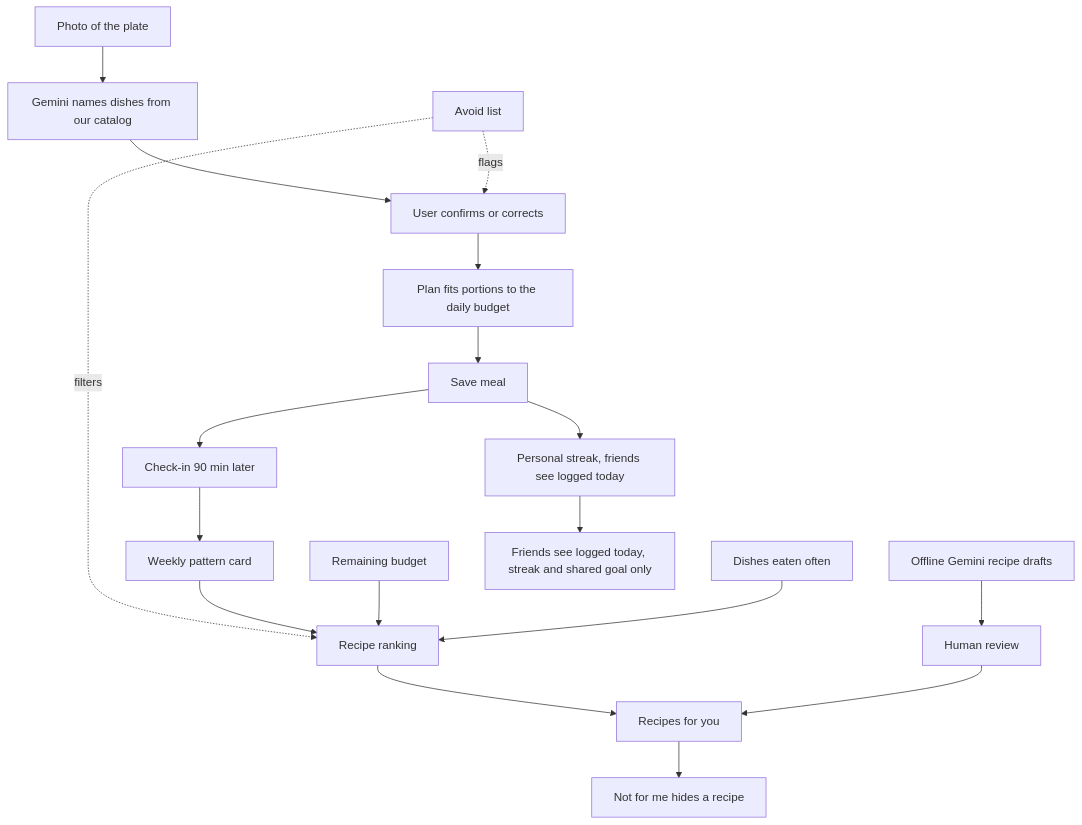
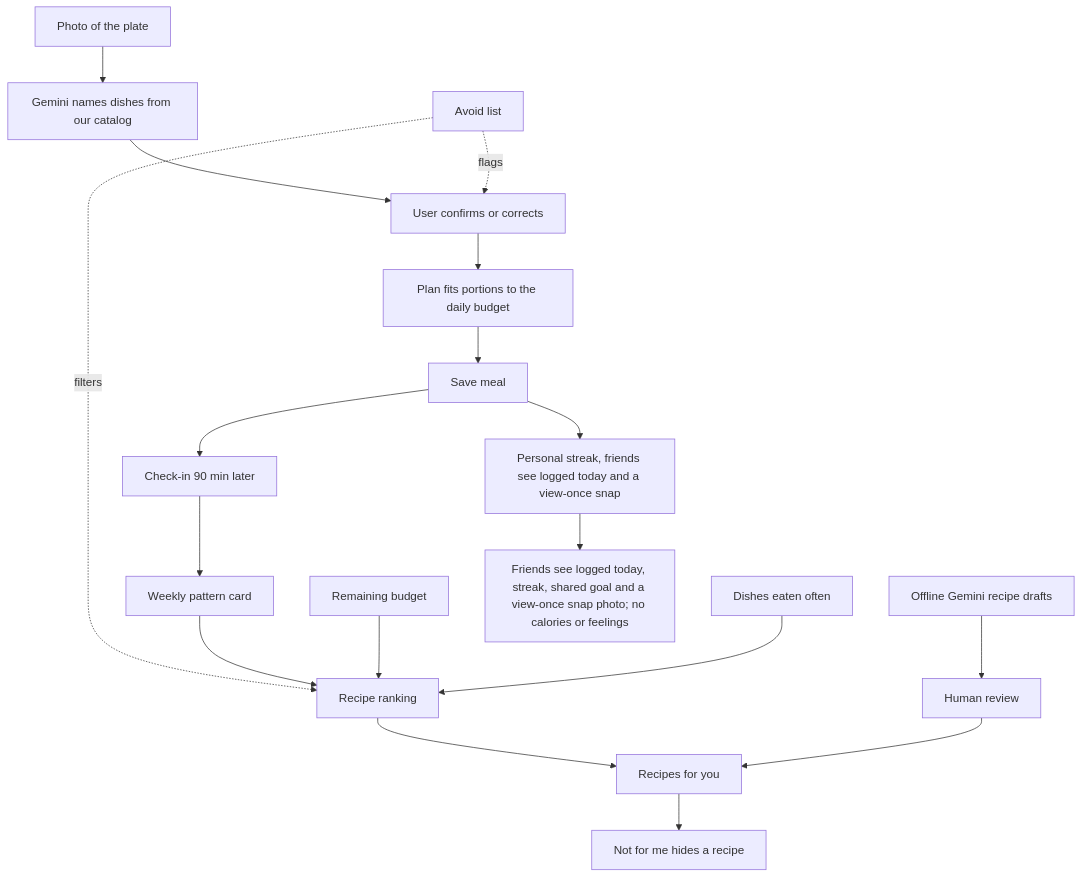
One commit to Zaryabk11/hissa changed the diagram in docs/PRD.md. Above: the diagram before and after it, drawn with Mermaid. The commit also changed other lines of this file and 5 other files, not shown here.

````diff
--- a/docs/PRD.md
+++ b/docs/PRD.md
@@ -28,20 +28,20 @@
 ```mermaid
 flowchart TD
   photo["Photo of the plate"] --> gemini["Gemini names dishes from our catalog"]
   gemini --> confirm["User confirms or corrects"]
   confirm --> plan["Plan fits portions to the daily budget"]
   plan --> save["Save meal"]
-  save --> streak["Personal streak, friends see logged today"]
+  save --> streak["Personal streak, friends see logged today and a view-once snap"]
   save --> checkin["Check-in 90 min later"]
   checkin --> pattern["Weekly pattern card"]
   avoid["Avoid list"] -.->|flags| confirm
   avoid -.->|filters| rank
   pattern --> rank["Recipe ranking"]
   budget["Remaining budget"] --> rank
   often["Dishes eaten often"] --> rank
   rank --> recipes["Recipes for you"]
   recipes --> nfm["Not for me hides a recipe"]
-  streak --> friends["Friends see logged today, streak and shared goal only"]
+  streak --> friends["Friends see logged today, streak, shared goal and a view-once snap photo; no calories or feelings"]
   draft["Offline Gemini recipe drafts"] --> review["Human review"]
   review --> recipes
 ```
````
